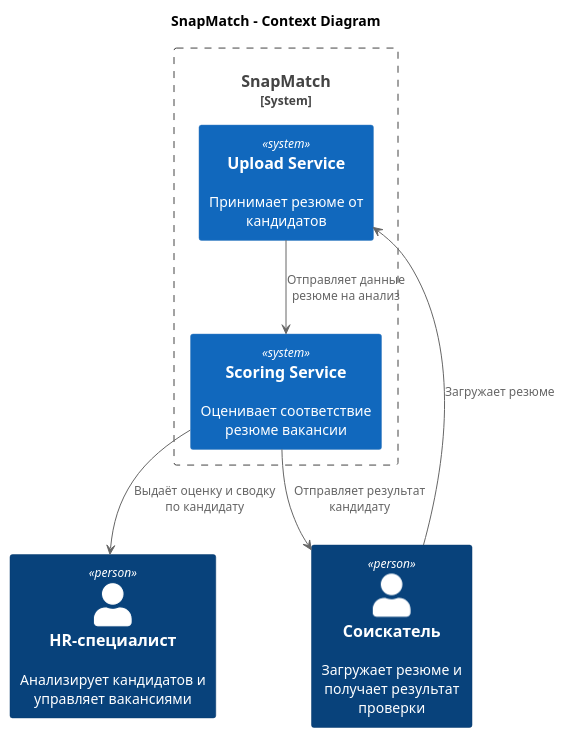
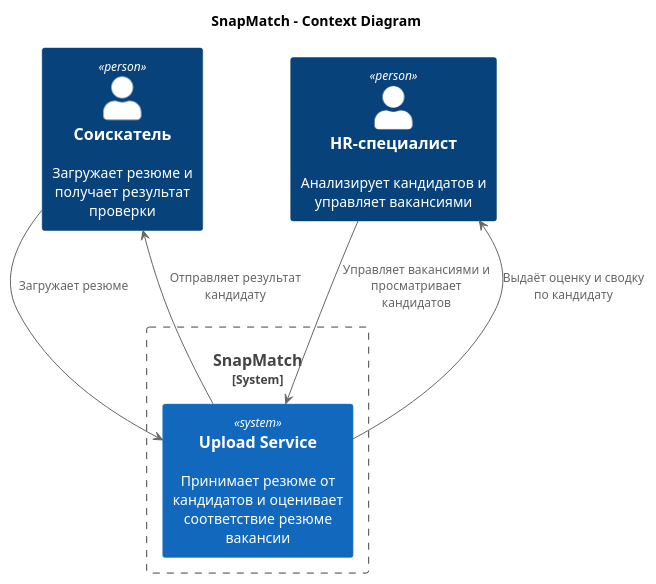
The diagram in docs/03-architecture/arch-c4-context.puml (Mikhail-Z/otus-kotlin-05.25), drawn with PlantUML before and after one commit. The commit also changed 61 other files, not shown here.

```diff
--- a/docs/03-architecture/arch-c4-context.puml
+++ b/docs/03-architecture/arch-c4-context.puml
@@ -1,19 +1,18 @@
 @startuml
 !include https://raw.githubusercontent.com/plantuml-stdlib/C4-PlantUML/master/C4_Context.puml
 
 title SnapMatch - Context Diagram
 
 Person(candidate, "Соискатель", "Загружает резюме и получает результат проверки")
 Person(hr, "HR-специалист", "Анализирует кандидатов и управляет вакансиями")
 
-System_Boundary(snapmatch, "SnapMatch") {
-    System(upload, "Upload Service", "Принимает резюме от кандидатов")
-    System(scoring, "Scoring Service", "Оценивает соответствие резюме вакансии")
+System_Boundary(SnapMatch, "SnapMatch") {
+    System(snapmatch, "Upload Service", "Принимает резюме от кандидатов и оценивает соответствие резюме вакансии")
 }
 
-candidate --> upload : Загружает резюме
-upload --> scoring : Отправляет данные резюме на анализ
-scoring --> hr : Выдаёт оценку и сводку по кандидату
-scoring --> candidate : Отправляет результат кандидату
+candidate --> snapmatch : Загружает резюме
+hr --> snapmatch : Управляет вакансиями и просматривает кандидатов
+snapmatch --> hr : Выдаёт оценку и сводку по кандидату
+snapmatch --> candidate : Отправляет результат кандидату
 
 @enduml
```
